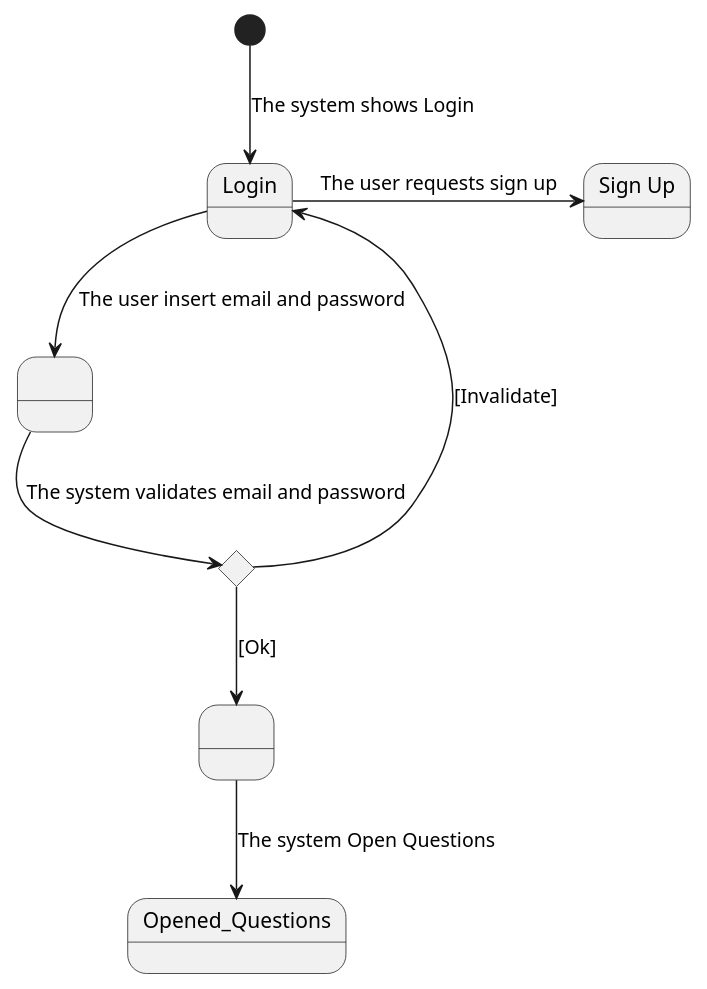
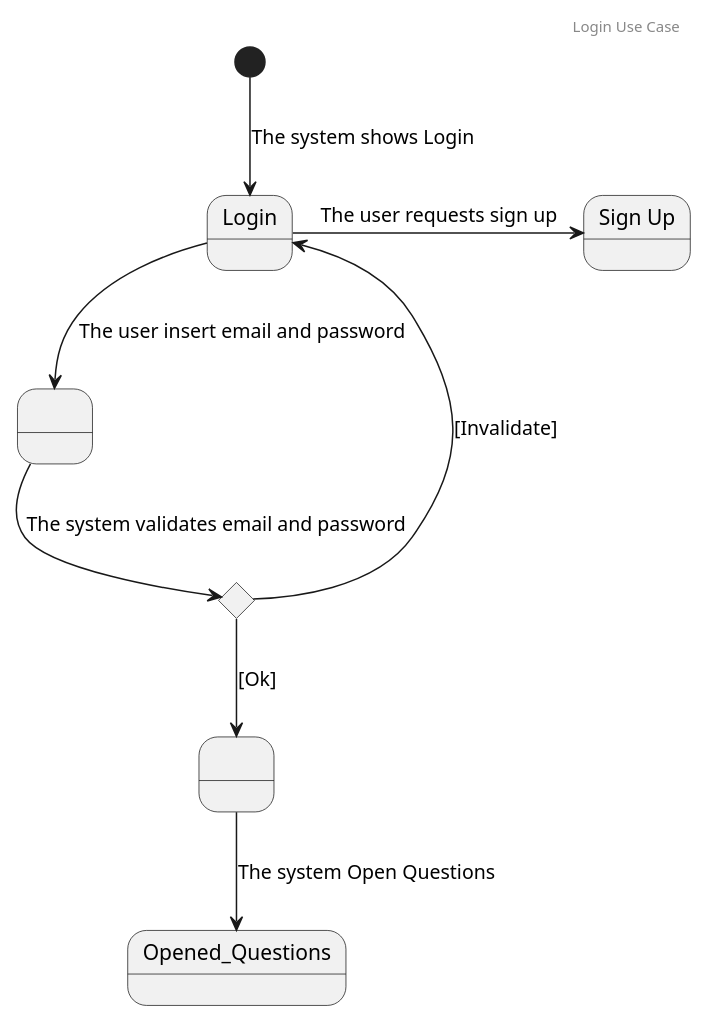
One commit to rafaelacirino/miw-backend-foro changed the diagram in src/main/resources/templates/especificacionCasosDeUsoLogin.plantuml. Above: the diagram before and after it, drawn with PlantUML. The commit also changed 20 other files, not shown here.

Commit message:
adding more diagrams

```diff
--- a/src/main/resources/templates/especificacionCasosDeUsoLogin.plantuml
+++ b/src/main/resources/templates/especificacionCasosDeUsoLogin.plantuml
@@ -1,19 +1,21 @@
 @startuml
+
+header Login Use Case
 
 state " " as s1
 state " " as s2
 state "Sign Up" as SignUp
 state "Decision" as Decision <<choice>>
 
 [*] --> Login : The system shows Login
 
 Login -down-> s1 : The user insert email and password
 Login -right-> SignUp: The user requests sign up
 s1 -down-> Decision : The system validates email and password
 
 Decision --> s2 : [Ok]
 Decision --> Login : [Invalidate]
 
 s2 --> Opened_Questions : The system Open Questions
 
 @enduml
```
